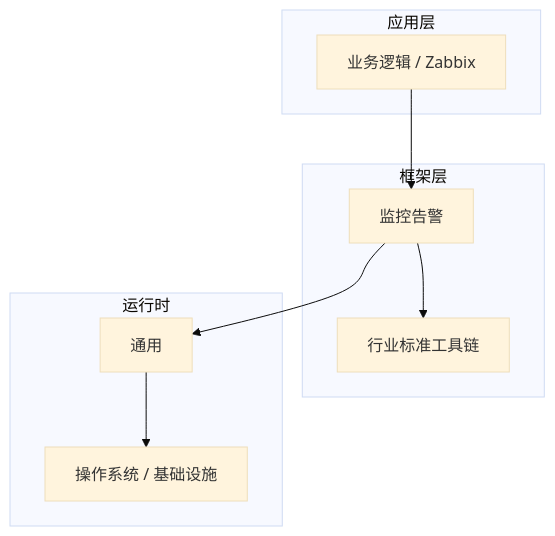
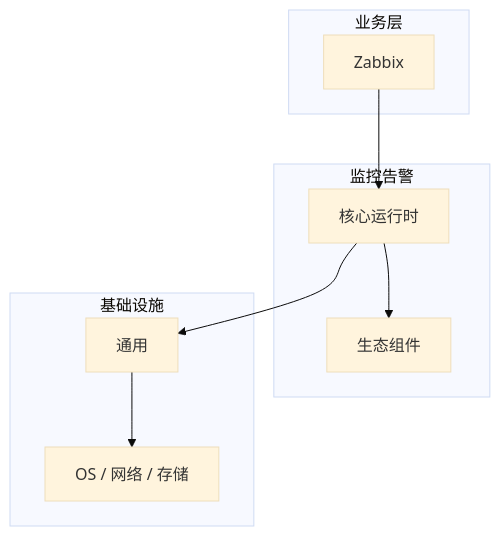
Before and after one commit to yanggan2015/knowledge-json-v2: the diagram in articles/监控告警/chapters/043-Zabbix核心概念与原理.md, drawn with Mermaid (base theme). The commit also changed other lines of this file and 10127 other files, not shown here.

````diff
--- a/articles/监控告警/chapters/043-Zabbix核心概念与原理.md
+++ b/articles/监控告警/chapters/043-Zabbix核心概念与原理.md
@@ -45,18 +34,18 @@
 ```mermaid
 graph TB
-    subgraph 应用层
-        A[业务逻辑 / Zabbix]
+    subgraph 业务层
+        A[Zabbix]
     end
-    subgraph 框架层
-        B[监控告警]
-        C[行业标准工具链]
+    subgraph 监控告警
+        B[核心运行时]
+        C[生态组件]
     end
-    subgraph 运行时
+    subgraph 基础设施
         D[通用]
-        E[操作系统 / 基础设施]
+        E[OS / 网络 / 存储]
     end
     A --> B
     B --> C
     B --> D
     D --> E
 ```
````
